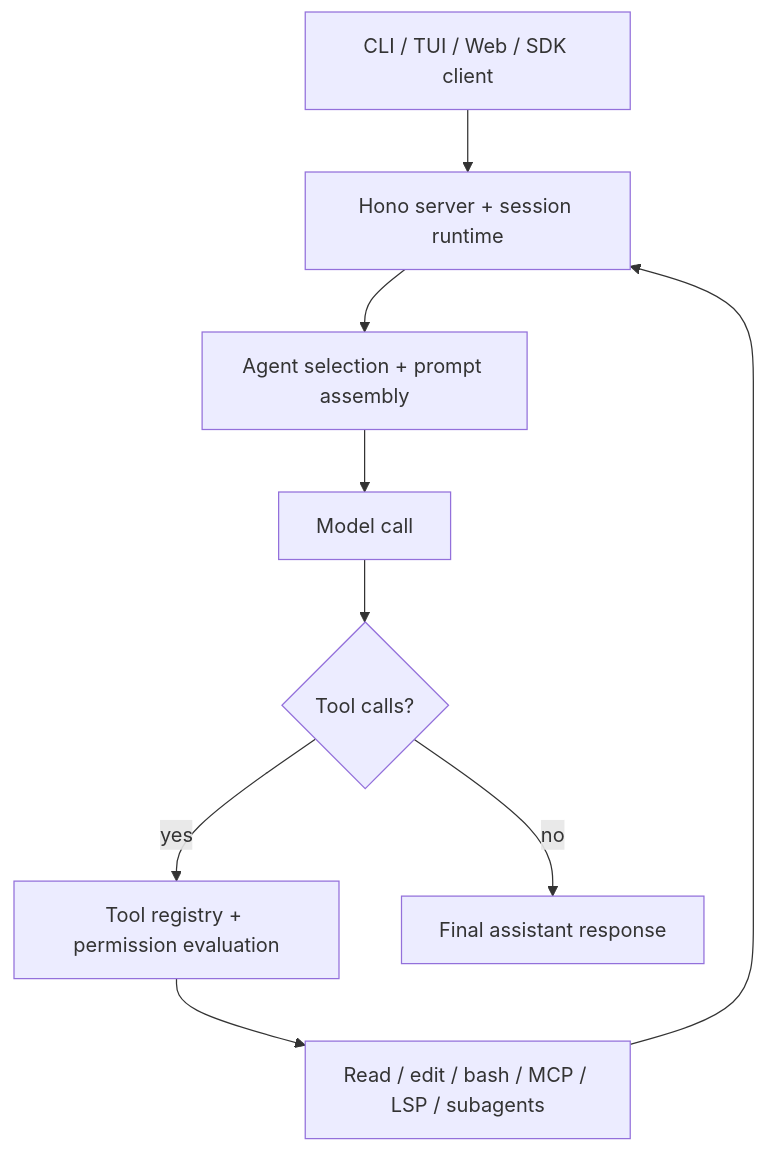
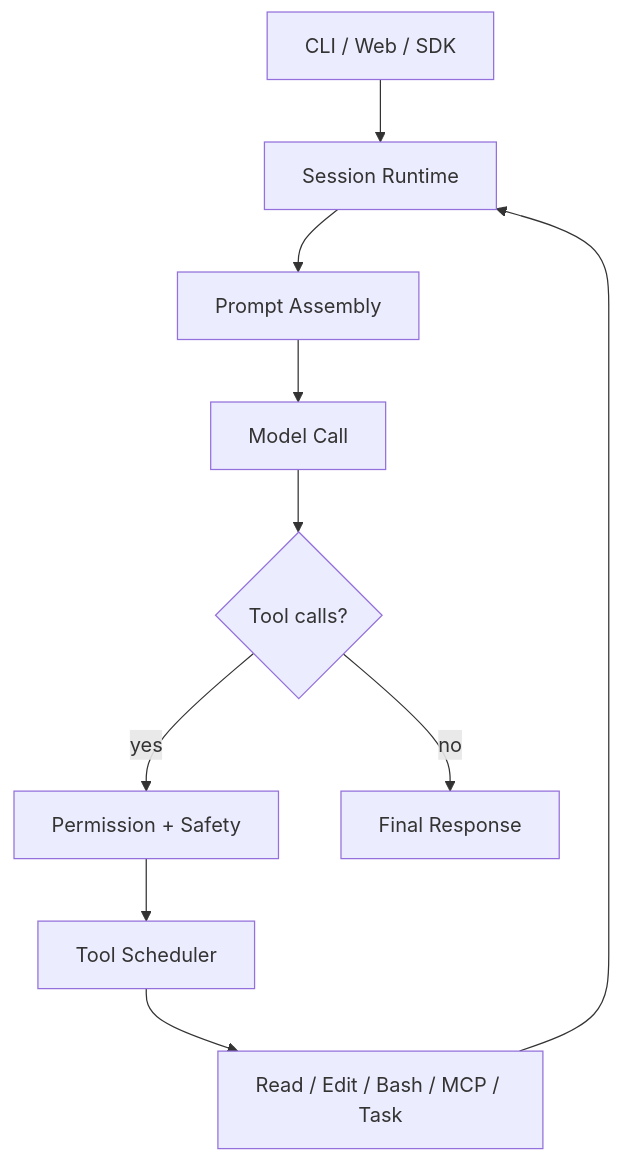
Before and after one commit to Yecyi/OpenAGt: the first of 2 diagrams in README.md, drawn with Mermaid. The commit also changed other lines of this file and 2 other files, not shown here.

````diff
--- a/README.md
+++ b/README.md
@@ -67,11 +76,12 @@
 ```mermaid
 flowchart TD
-  A["CLI / TUI / Web / SDK client"] --> B["Hono server + session runtime"]
-  B --> C["Agent selection + prompt assembly"]
-  C --> D["Model call"]
+  A["CLI / Web / SDK"] --> B["Session Runtime"]
+  B --> C["Prompt Assembly"]
+  C --> D["Model Call"]
   D --> E{"Tool calls?"}
-  E -- "yes" --> F["Tool registry + permission evaluation"]
-  F --> G["Read / edit / bash / MCP / LSP / subagents"]
-  G --> B
-  E -- "no" --> H["Final assistant response"]
+  E -- "yes" --> F["Permission + Safety"]
+  F --> G["Tool Scheduler"]
+  G --> H["Read / Edit / Bash / MCP / Task"]
+  H --> B
+  E -- "no" --> I["Final Response"]
 ```
````
